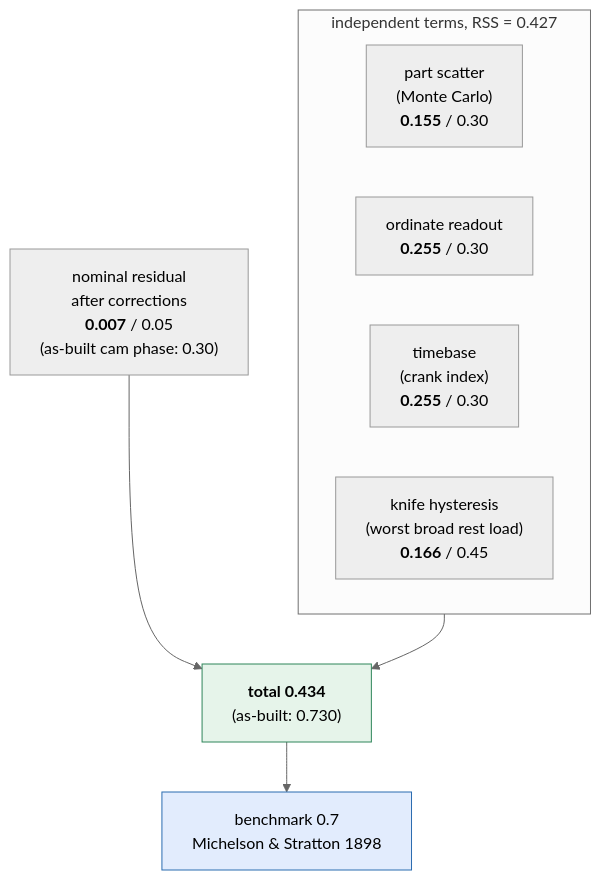
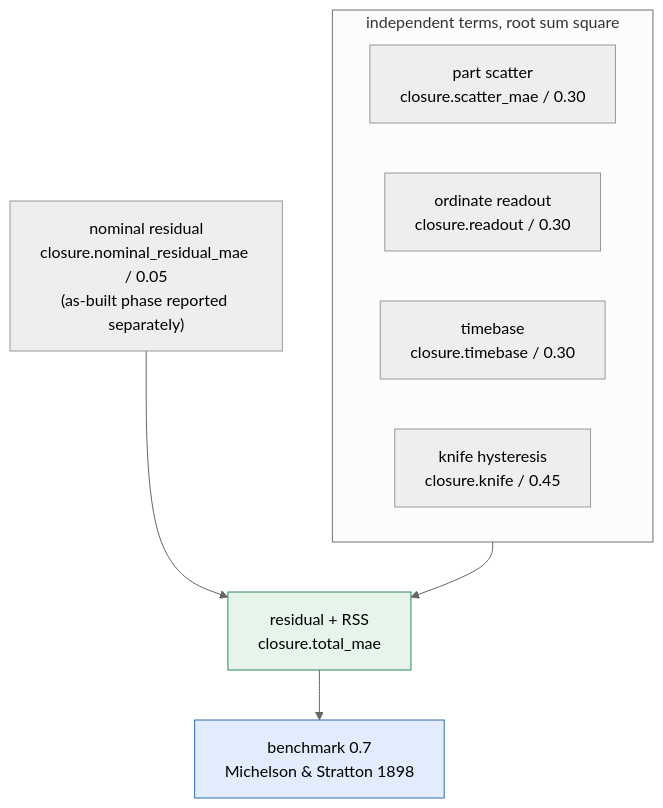
One commit to pedropaulovc/harmonic-analyzer changed the third of 4 diagrams in cad/docs/tolerance-policy.md. Above: the diagram before and after it, drawn with Mermaid (neutral theme). The commit also changed other lines of this file and 20 other files, not shown here.

````diff
--- a/cad/docs/tolerance-policy.md
+++ b/cad/docs/tolerance-policy.md
@@ -386,16 +385,16 @@
 ```mermaid
 flowchart TB
-    subgraph rss["independent terms, RSS = 0.427"]
+    subgraph rss["independent terms, root sum square"]
         direction LR
-        s["part scatter<br/>(Monte Carlo)<br/><b>0.155</b> / 0.30"]
-        r["ordinate readout<br/><b>0.255</b> / 0.30"]
-        t["timebase<br/>(crank index)<br/><b>0.255</b> / 0.30"]
-        k["knife hysteresis<br/>(worst broad rest load)<br/><b>0.166</b> / 0.45"]
+        s["part scatter<br/>closure.scatter_mae / 0.30"]
+        r["ordinate readout<br/>closure.readout / 0.30"]
+        t["timebase<br/>closure.timebase / 0.30"]
+        k["knife hysteresis<br/>closure.knife / 0.45"]
     end
-    n["nominal residual<br/>after corrections<br/><b>0.007</b> / 0.05<br/>(as-built cam phase: 0.30)"]
-    rss --> total["<b>total 0.434</b><br/>(as-built: 0.730)"]
+    n["nominal residual<br/>closure.nominal_residual_mae / 0.05<br/>(as-built phase reported separately)"]
+    rss --> total["residual + RSS<br/>closure.total_mae"]
     n --> total
     total --> bench["benchmark 0.7<br/>Michelson & Stratton 1898"]
     style total fill:#e6f4ea,stroke:#2f855a
     style bench fill:#e2ecfd,stroke:#2b6cb0
 ```
````
